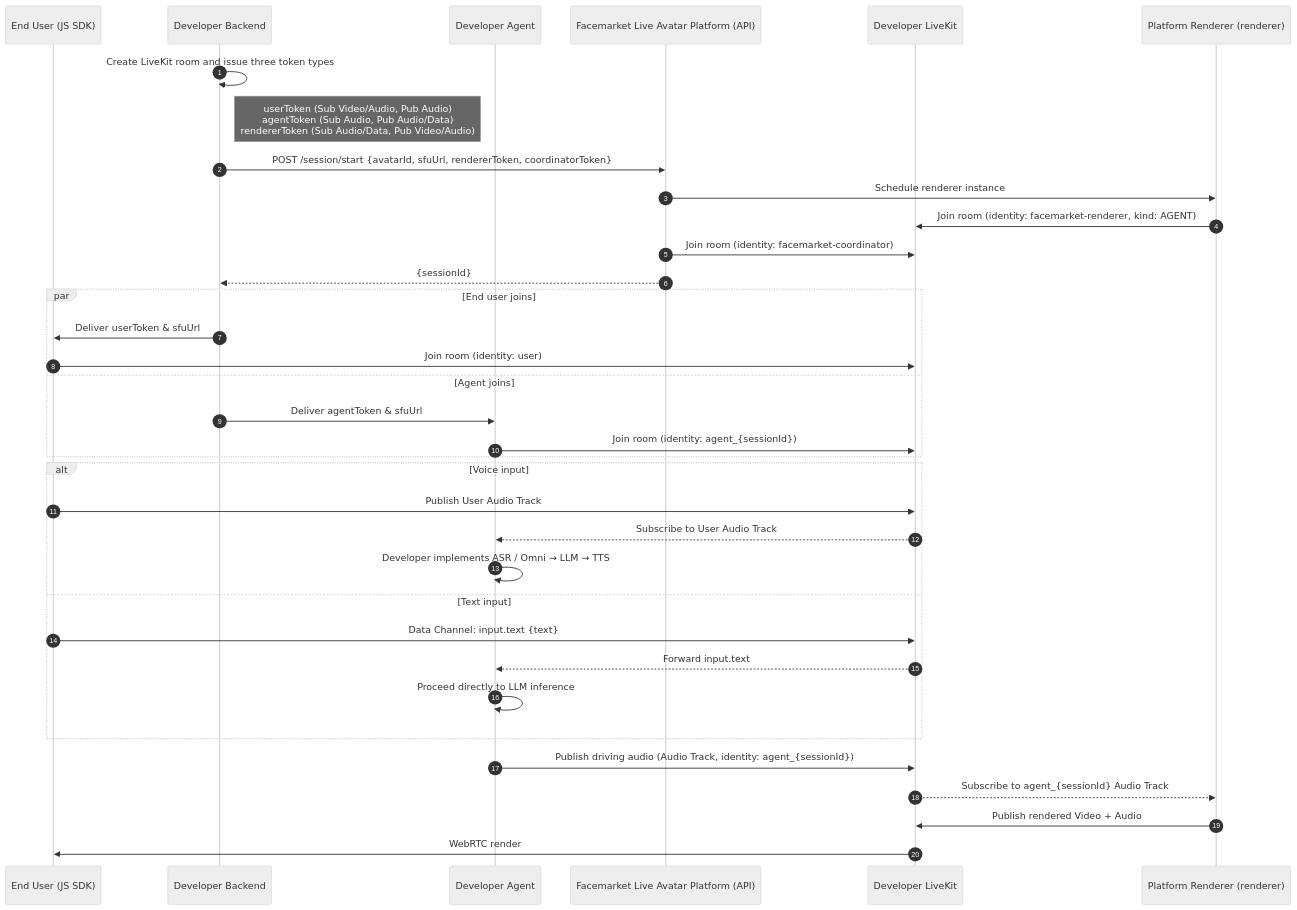
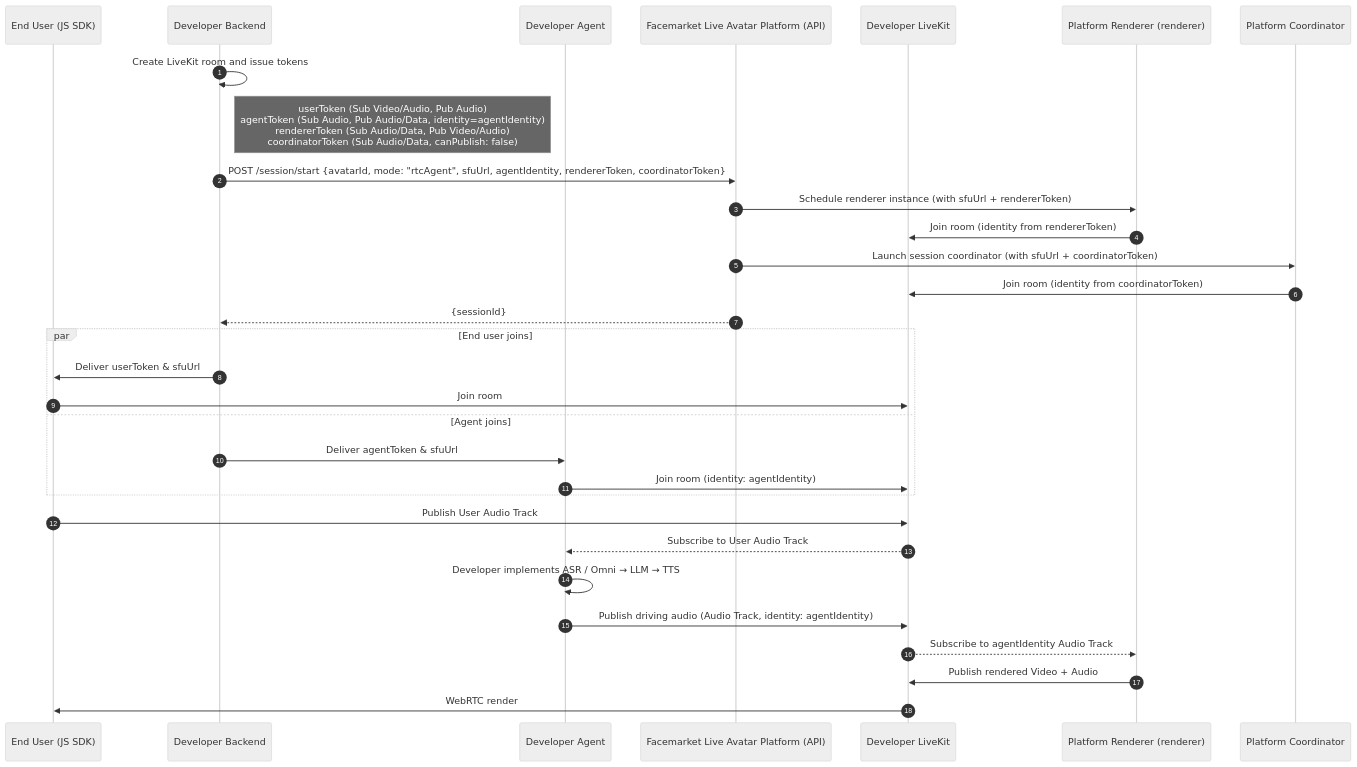
The third of 3 diagrams in Live Avatar Integration Guide.md (newportAI-lab/liveavatar-integration-guide), drawn with Mermaid (neutral theme) before and after one commit. The commit also changed other lines of this file and 2 other files, not shown here.

````diff
--- a/Live Avatar Integration Guide.md
+++ b/Live Avatar Integration Guide.md
@@ -511,42 +529,37 @@
 ```mermaid
 sequenceDiagram
     autonumber
     participant Client as End User (JS SDK)
     participant Backend as Developer Backend
     participant Agent as Developer Agent
     participant Platform as Facemarket Live Avatar Platform (API)
     participant DevLiveKit as Developer LiveKit
     participant Renderer as Platform Renderer (renderer)
+    participant Coordinator as Platform Coordinator
 
-    Backend->>Backend: Create LiveKit room and issue three token types
-    Note right of Backend: userToken (Sub Video/Audio, Pub Audio)<br/>agentToken (Sub Audio, Pub Audio/Data)<br/>rendererToken (Sub Audio/Data, Pub Video/Audio)
+    Backend->>Backend: Create LiveKit room and issue tokens
+    Note right of Backend: userToken (Sub Video/Audio, Pub Audio)<br/>agentToken (Sub Audio, Pub Audio/Data, identity=agentIdentity)<br/>rendererToken (Sub Audio/Data, Pub Video/Audio)<br/>coordinatorToken (Sub Audio/Data, canPublish: false)
 
-    Backend->>Platform: POST /session/start {avatarId, sfuUrl, rendererToken, coordinatorToken}
-    Platform->>Renderer: Schedule renderer instance
-    Renderer->>DevLiveKit: Join room (identity: facemarket-renderer, kind: AGENT)
-    Platform->>DevLiveKit: Join room (identity: facemarket-coordinator)
+    Backend->>Platform: POST /session/start {avatarId, mode: "rtcAgent", sfuUrl, agentIdentity, rendererToken, coordinatorToken}
+    Platform->>Renderer: Schedule renderer instance (with sfuUrl + rendererToken)
+    Renderer->>DevLiveKit: Join room (identity from rendererToken)
+    Platform->>Coordinator: Launch session coordinator (with sfuUrl + coordinatorToken)
+    Coordinator->>DevLiveKit: Join room (identity from coordinatorToken)
     Platform-->>Backend: {sessionId}
 
     par End user joins
         Backend->>Client: Deliver userToken & sfuUrl
-        Client->>DevLiveKit: Join room (identity: user)
+        Client->>DevLiveKit: Join room
     and Agent joins
         Backend->>Agent: Deliver agentToken & sfuUrl
-        Agent->>DevLiveKit: Join room (identity: agent_{sessionId})
+        Agent->>DevLiveKit: Join room (identity: agentIdentity)
     end
 
-    alt Voice input
-        Client->>DevLiveKit: Publish User Audio Track
-        DevLiveKit-->>Agent: Subscribe to User Audio Track
-        Agent->>Agent: Developer implements ASR / Omni → LLM → TTS
-    else Text input
-        Client->>DevLiveKit: Data Channel: input.text {text}
-        DevLiveKit-->>Agent: Forward input.text
-        Agent->>Agent: Proceed directly to LLM inference
-    end
-
-    Agent->>DevLiveKit: Publish driving audio (Audio Track, identity: agent_{sessionId})
-    DevLiveKit-->>Renderer: Subscribe to agent_{sessionId} Audio Track
+    Client->>DevLiveKit: Publish User Audio Track
+    DevLiveKit-->>Agent: Subscribe to User Audio Track
+    Agent->>Agent: Developer implements ASR / Omni → LLM → TTS
+    Agent->>DevLiveKit: Publish driving audio (Audio Track, identity: agentIdentity)
+    DevLiveKit-->>Renderer: Subscribe to agentIdentity Audio Track
     Renderer->>DevLiveKit: Publish rendered Video + Audio
     DevLiveKit->>Client: WebRTC render
 ```
````
